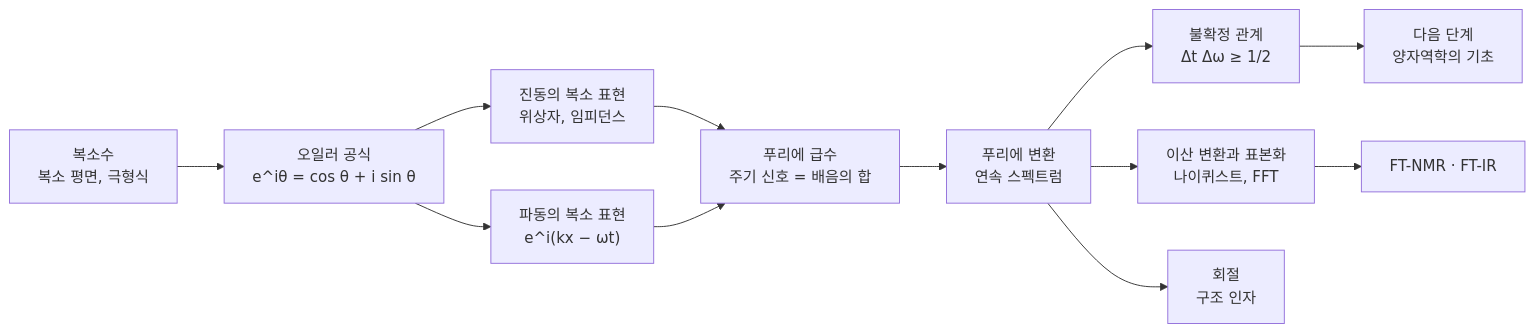
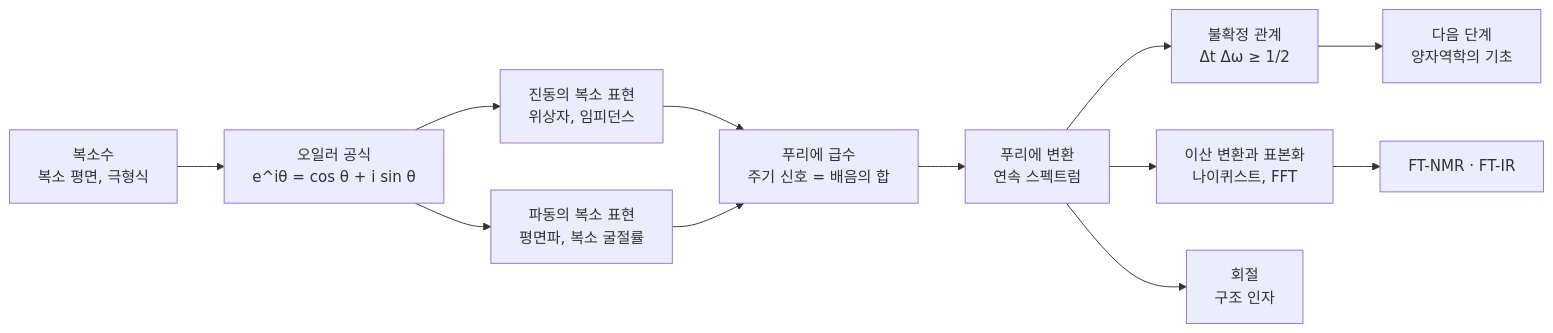
Before and after one commit to EricKOR1/sciencebook: the diagram in 대학_전공과정/수학_도구/umath-6_복소수와_푸리에_해석.md, drawn with Mermaid. The commit also changed other lines of this file and 7 other files, not shown here.

````diff
--- a/대학_전공과정/수학_도구/umath-6_복소수와_푸리에_해석.md
+++ b/대학_전공과정/수학_도구/umath-6_복소수와_푸리에_해석.md
@@ -47,14 +47,14 @@
 ```mermaid
 flowchart LR
     A["복소수<br/>복소 평면, 극형식"] --> B["오일러 공식<br/>e^iθ = cos θ + i sin θ"]
     B --> C["진동의 복소 표현<br/>위상자, 임피던스"]
-    B --> D["파동의 복소 표현<br/>e^i(kx − ωt)"]
+    B --> D["파동의 복소 표현<br/>평면파, 복소 굴절률"]
     C --> E["푸리에 급수<br/>주기 신호 = 배음의 합"]
     D --> E
     E --> F["푸리에 변환<br/>연속 스펙트럼"]
     F --> G["불확정 관계<br/>Δt Δω ≥ 1/2"]
     F --> H["이산 변환과 표본화<br/>나이퀴스트, FFT"]
     H --> I["FT-NMR · FT-IR"]
     F --> J["회절<br/>구조 인자"]
     G --> K["다음 단계<br/>양자역학의 기초"]
 ```
````
